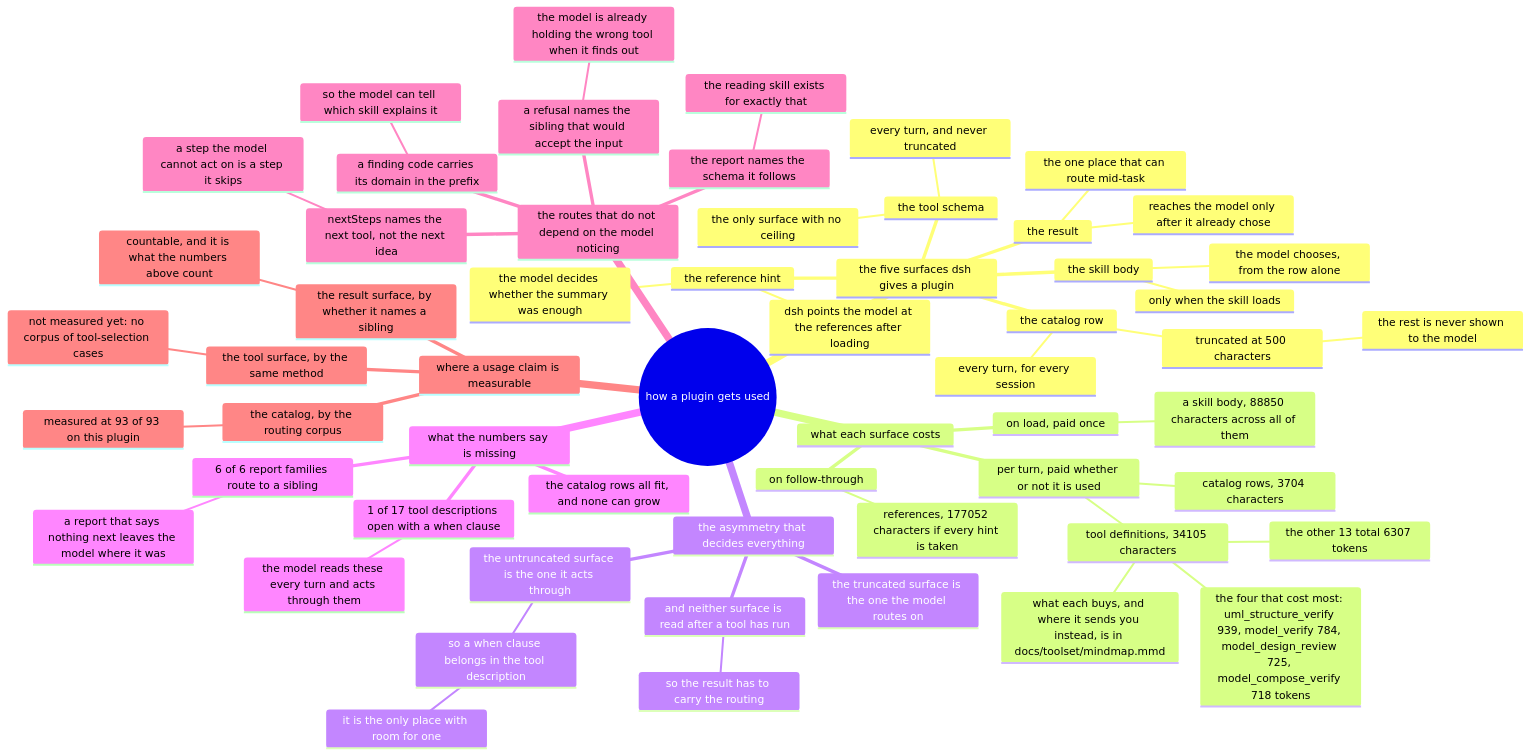
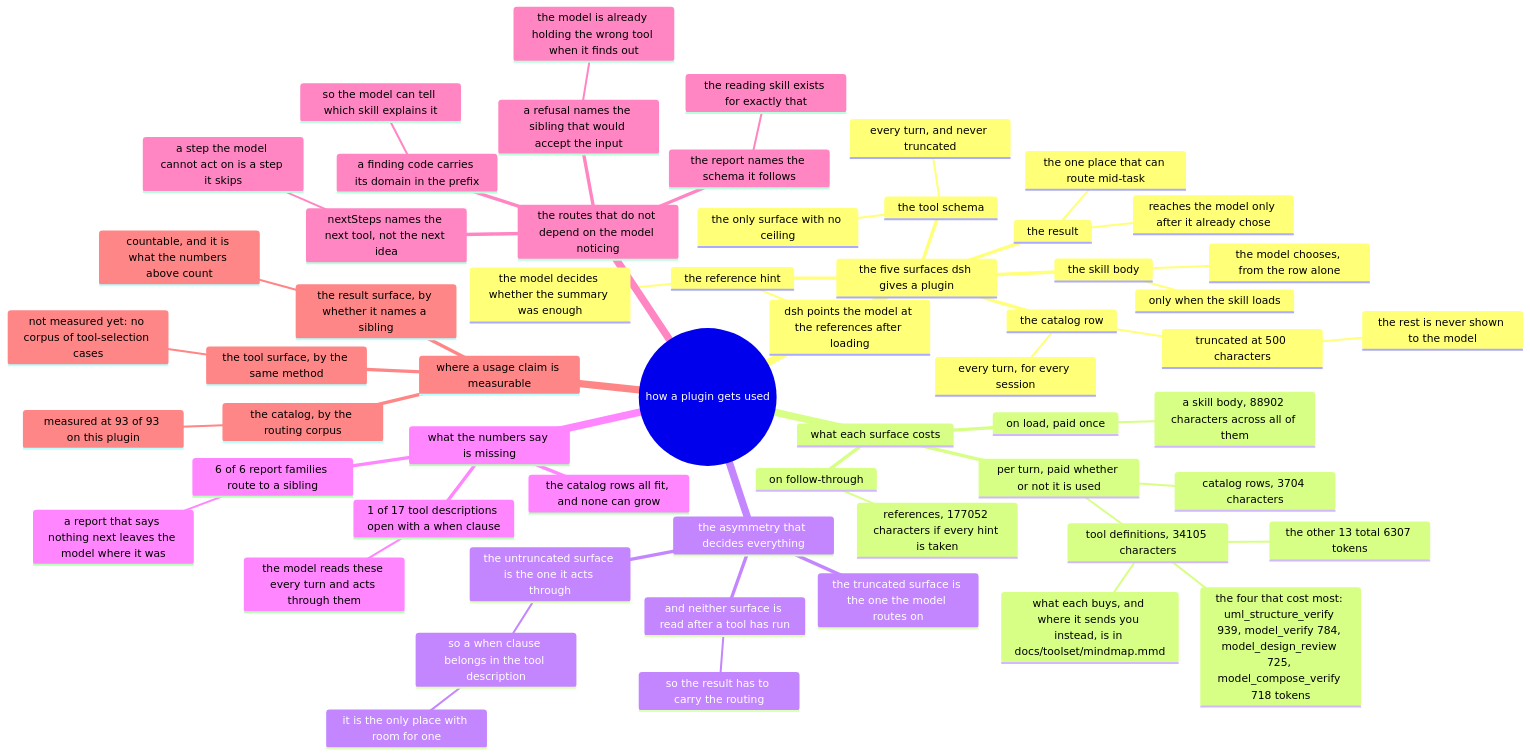
Before and after one commit to AmethystLuna/dsh-model-everything: the diagram in docs/usage/mindmap.mmd, drawn with Mermaid. The commit also changed 19 other files, not shown here.

```diff
--- a/docs/usage/mindmap.mmd
+++ b/docs/usage/mindmap.mmd
@@ -1,59 +1,59 @@
 mindmap
 root((how a plugin gets used))
   the five surfaces dsh gives a plugin
     the catalog row
       every turn, for every session
       truncated at 500 characters
         the rest is never shown to the model
     the skill body
       only when the skill loads
       the model chooses, from the row alone
     the reference hint
       dsh points the model at the references after loading
       the model decides whether the summary was enough
     the tool schema
       every turn, and never truncated
       the only surface with no ceiling
     the result
       reaches the model only after it already chose
       the one place that can route mid-task
   what each surface costs
     per turn, paid whether or not it is used
       catalog rows, 3704 characters
       tool definitions, 34105 characters
         the four that cost most: uml_structure_verify 939, model_verify 784, model_design_review 725, model_compose_verify 718 tokens
         the other 13 total 6307 tokens
         what each buys, and where it sends you instead, is in docs/toolset/mindmap.mmd
     on load, paid once
-      a skill body, 88850 characters across all of them
+      a skill body, 88902 characters across all of them
     on follow-through
       references, 177052 characters if every hint is taken
   the asymmetry that decides everything
     the truncated surface is the one the model routes on
     the untruncated surface is the one it acts through
       so a when clause belongs in the tool description
         it is the only place with room for one
     and neither surface is read after a tool has run
       so the result has to carry the routing
   what the numbers say is missing
     1 of 17 tool descriptions open with a when clause
       the model reads these every turn and acts through them
     6 of 6 report families route to a sibling
       a report that says nothing next leaves the model where it was
     the catalog rows all fit, and none can grow
   the routes that do not depend on the model noticing
     a refusal names the sibling that would accept the input
       the model is already holding the wrong tool when it finds out
     nextSteps names the next tool, not the next idea
       a step the model cannot act on is a step it skips
     a finding code carries its domain in the prefix
       so the model can tell which skill explains it
     the report names the schema it follows
       the reading skill exists for exactly that
   where a usage claim is measurable
     the catalog, by the routing corpus
       measured at 93 of 93 on this plugin
     the tool surface, by the same method
       not measured yet: no corpus of tool-selection cases
     the result surface, by whether it names a sibling
       countable, and it is what the numbers above count
```
